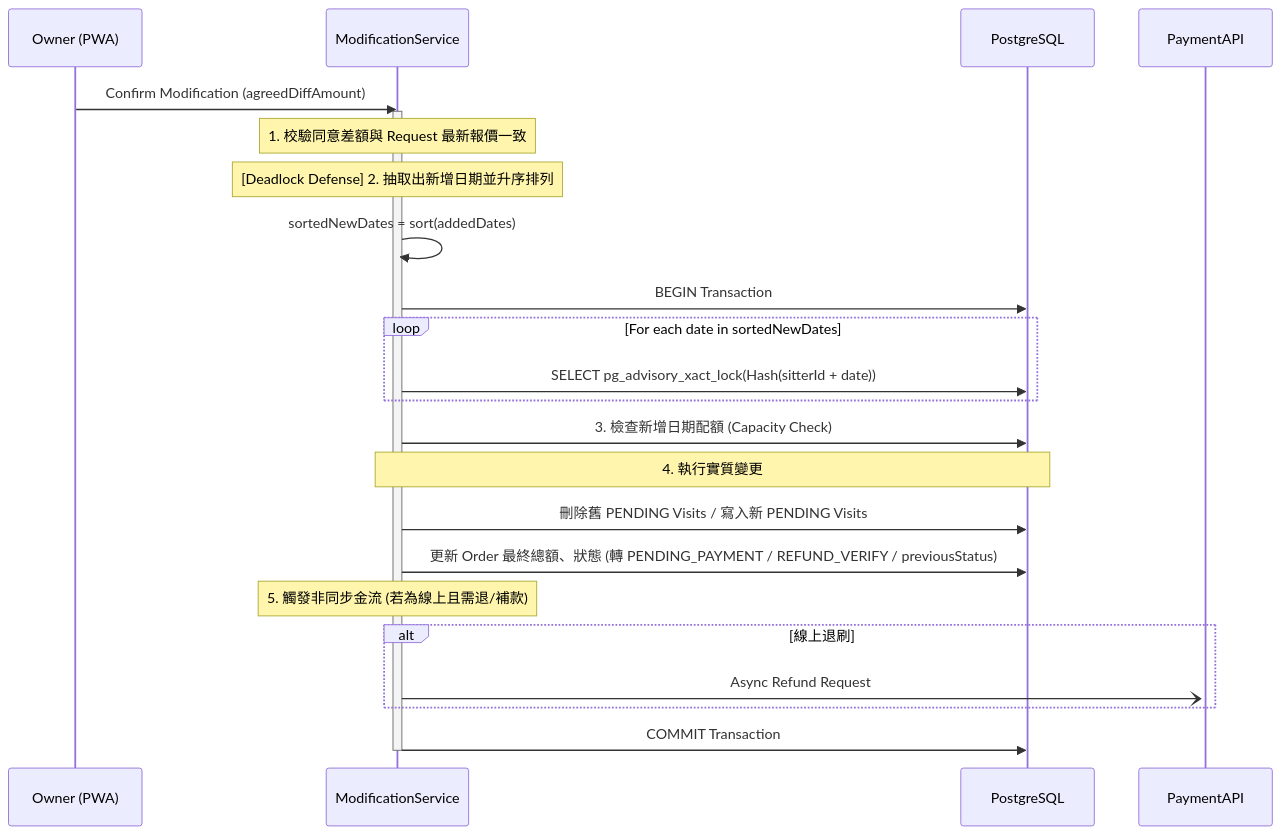
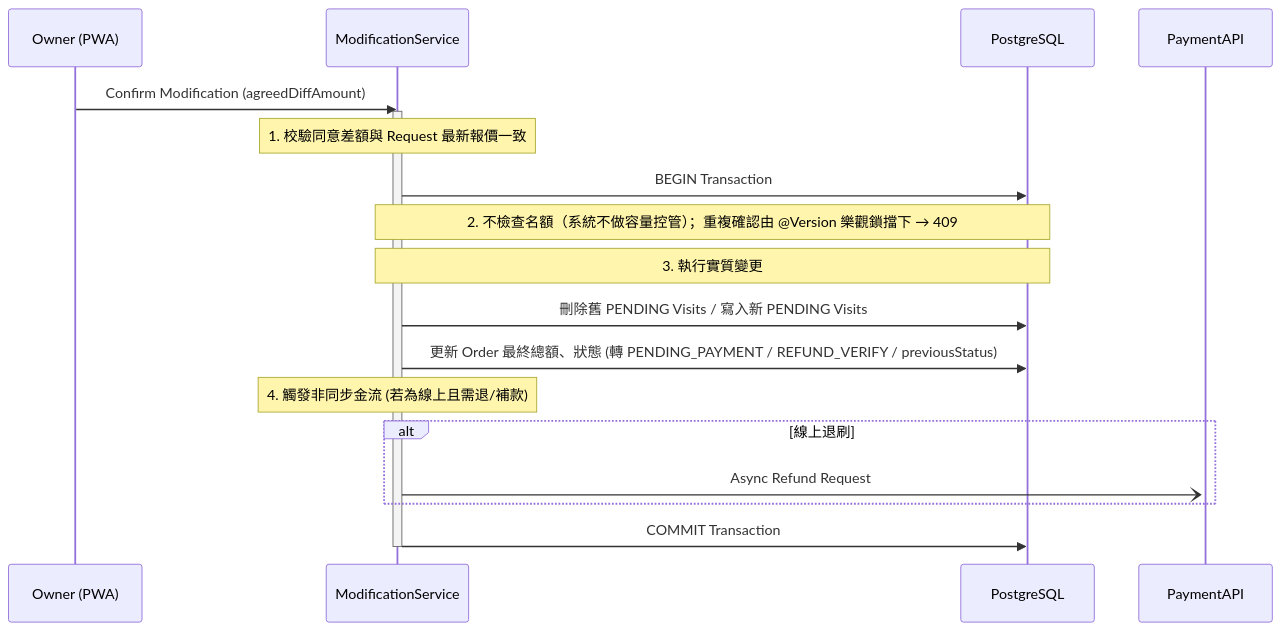
One commit to willchiangch/cat-sitter-project changed the third of 3 diagrams in docs/sd/SD-016-order-modification-cancellation.md. Above: the diagram before and after it, drawn with Mermaid. The commit also changed other lines of this file and 19 other files, not shown here.

````diff
--- a/docs/sd/SD-016-order-modification-cancellation.md
+++ b/docs/sd/SD-016-order-modification-cancellation.md
@@ -166,35 +166,28 @@
 ```mermaid
 sequenceDiagram
     participant O as Owner (PWA)
     participant SVC as ModificationService
     participant DB as PostgreSQL
     participant Pay as PaymentAPI
 
     O->>SVC: Confirm Modification (agreedDiffAmount)
     activate SVC
     
     Note over SVC: 1. 校驗同意差額與 Request 最新報價一致
     
-    Note over SVC: [Deadlock Defense] 2. 抽取出新增日期並升序排列
-    SVC->>SVC: sortedNewDates = sort(addedDates)
-    
     SVC->>DB: BEGIN Transaction
     
-    loop For each date in sortedNewDates
-        SVC->>DB: SELECT pg_advisory_xact_lock(Hash(sitterId + date))
-    end
+    Note over SVC, DB: 2. 不檢查名額（系統不做容量控管）；重複確認由 @Version 樂觀鎖擋下 → 409
     
-    SVC->>DB: 3. 檢查新增日期配額 (Capacity Check)
-    
-    Note over SVC, DB: 4. 執行實質變更
+    Note over SVC, DB: 3. 執行實質變更
     SVC->>DB: 刪除舊 PENDING Visits / 寫入新 PENDING Visits
     SVC->>DB: 更新 Order 最終總額、狀態 (轉 PENDING_PAYMENT / REFUND_VERIFY / previousStatus)
     
-    Note over SVC: 5. 觸發非同步金流 (若為線上且需退/補款)
+    Note over SVC: 4. 觸發非同步金流 (若為線上且需退/補款)
     alt 線上退刷
         SVC-)+Pay: Async Refund Request
     end
     
     SVC->>DB: COMMIT Transaction
     deactivate SVC
 ```
````
